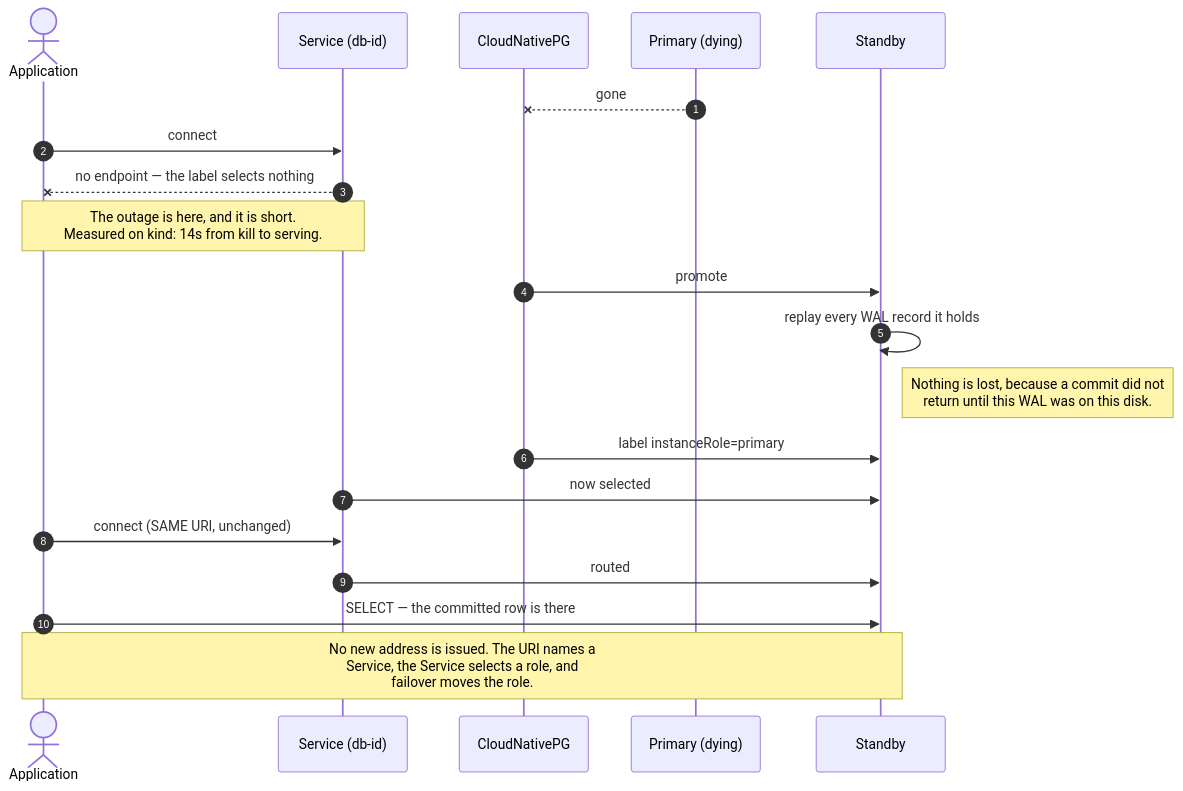
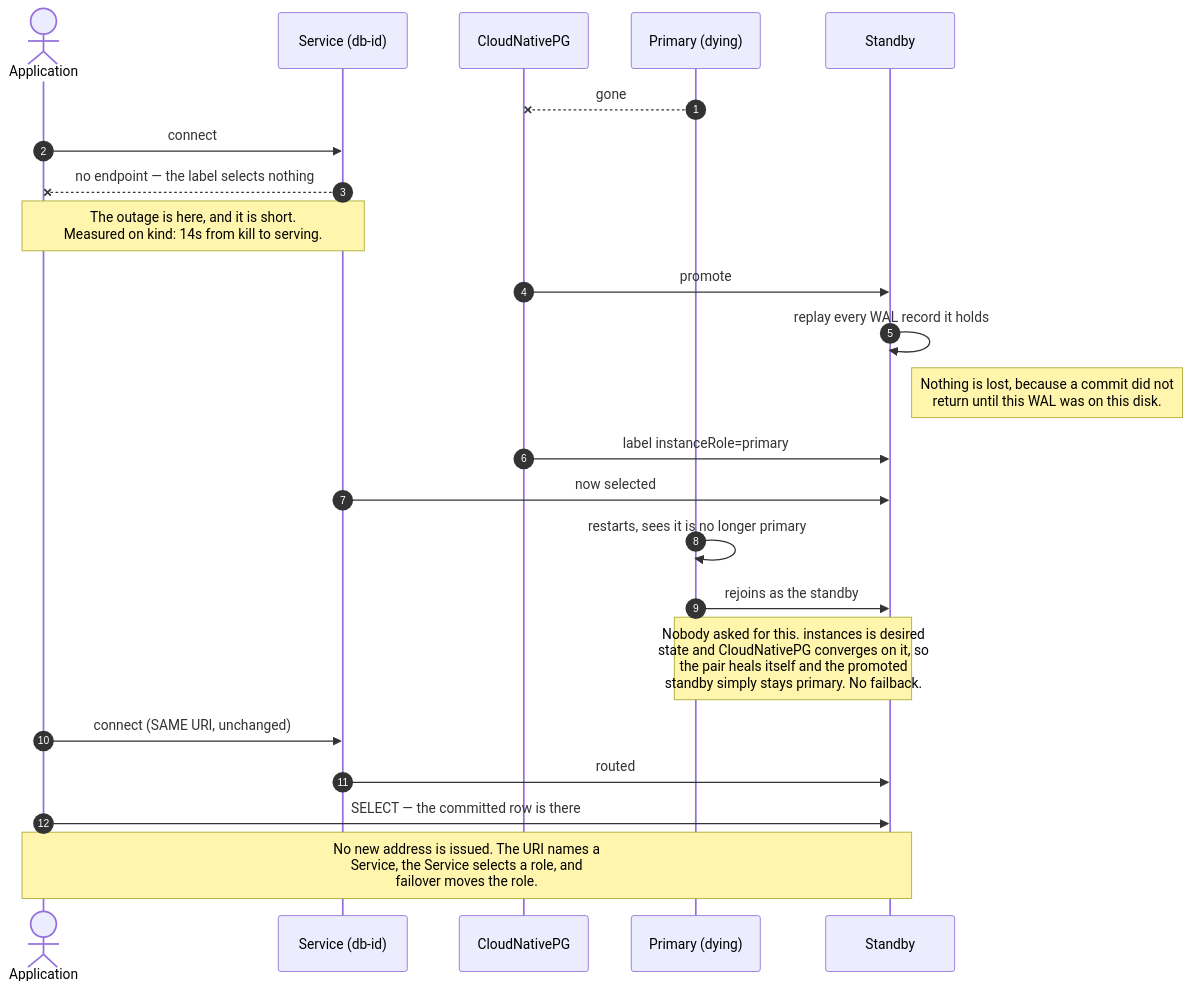
The third of 4 diagrams in docs/diagrams/high-availability.md (drigolabs/drigodb), drawn with Mermaid before and after one commit. The commit also changed other lines of this file and 1 other file, not shown here.

````diff
--- a/docs/diagrams/high-availability.md
+++ b/docs/diagrams/high-availability.md
@@ -93,25 +93,29 @@
 ```mermaid
 sequenceDiagram
     autonumber
     actor App as Application
     participant Svc as Service (db-id)
     participant CNPG as CloudNativePG
     participant P as Primary (dying)
     participant S as Standby
 
     P--xCNPG: gone
     App->>Svc: connect
     Svc--xApp: no endpoint — the label selects nothing
     Note over Svc,App: The outage is here, and it is short.<br/>Measured on kind: 14s from kill to serving.
 
     CNPG->>S: promote
     S->>S: replay every WAL record it holds
     Note right of S: Nothing is lost, because a commit did not<br/>return until this WAL was on this disk.
     CNPG->>S: label instanceRole=primary
     Svc->>S: now selected
 
+    P->>P: restarts, sees it is no longer primary
+    P->>S: rejoins as the standby
+    Note over P,S: Nobody asked for this. instances is desired<br/>state and CloudNativePG converges on it, so<br/>the pair heals itself and the promoted<br/>standby simply stays primary. No failback.
+
     App->>Svc: connect (SAME URI, unchanged)
     Svc->>S: routed
     App->>S: SELECT — the committed row is there
     Note over App,S: No new address is issued. The URI names a<br/>Service, the Service selects a role, and<br/>failover moves the role.
 ```
````
